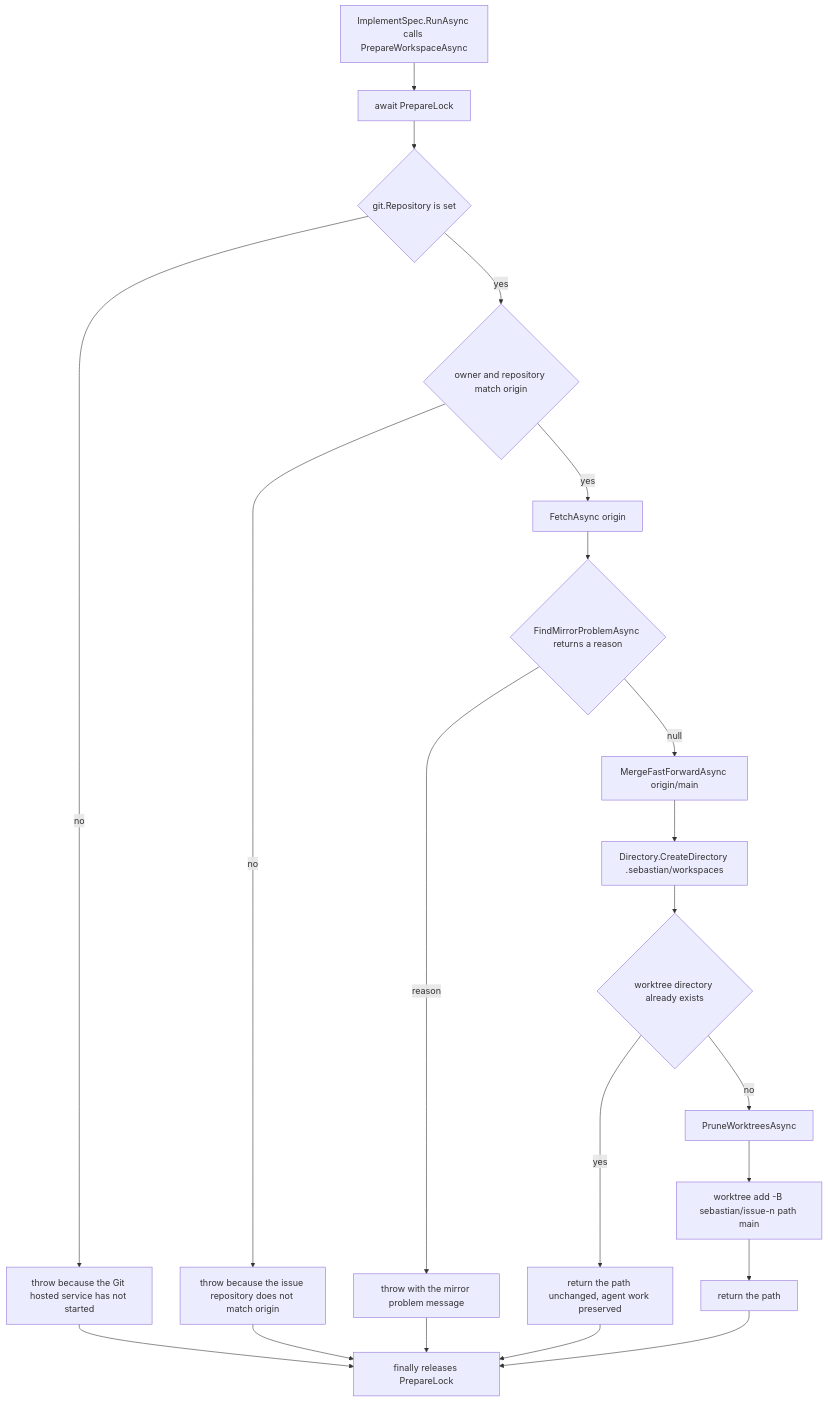
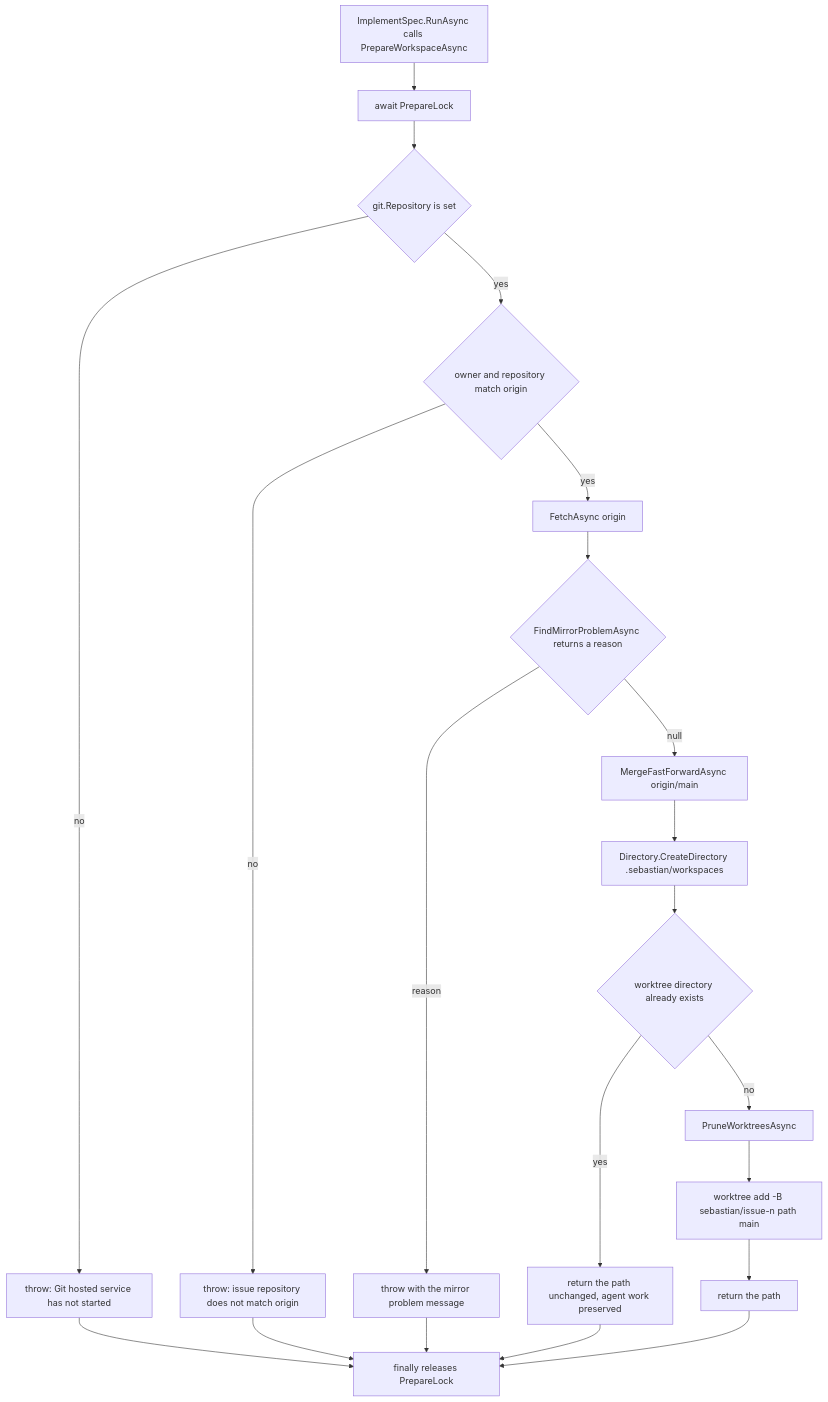
The second of 3 diagrams in openwiki/concepts/git-workspaces.md (ToufiqSenpai/sebastian), drawn with Mermaid before and after one commit. The commit also changed other lines of this file and 39 other files, not shown here.

````diff
--- a/openwiki/concepts/git-workspaces.md
+++ b/openwiki/concepts/git-workspaces.md
@@ -159,23 +159,23 @@
 ```mermaid
 flowchart TD
     A["ImplementSpec.RunAsync calls PrepareWorkspaceAsync"] --> B["await PrepareLock"]
     B --> C{"git.Repository is set"}
-    C -->|no| X1["throw because the Git hosted service has not started"]
+    C -->|no| X1["throw: Git hosted service has not started"]
     C -->|yes| D{"owner and repository match origin"}
-    D -->|no| X2["throw because the issue repository does not match origin"]
+    D -->|no| X2["throw: issue repository does not match origin"]
     D -->|yes| E["FetchAsync origin"]
     E --> F{"FindMirrorProblemAsync returns a reason"}
     F -->|reason| X3["throw with the mirror problem message"]
     F -->|null| G["MergeFastForwardAsync origin/main"]
     G --> H["Directory.CreateDirectory .sebastian/workspaces"]
     H --> I{"worktree directory already exists"}
     I -->|yes| J["return the path unchanged, agent work preserved"]
     I -->|no| K["PruneWorktreesAsync"]
     K --> L["worktree add -B sebastian/issue-n path main"]
     L --> M["return the path"]
     J --> N["finally releases PrepareLock"]
     M --> N
     X1 --> N
     X2 --> N
     X3 --> N
 ```
````
